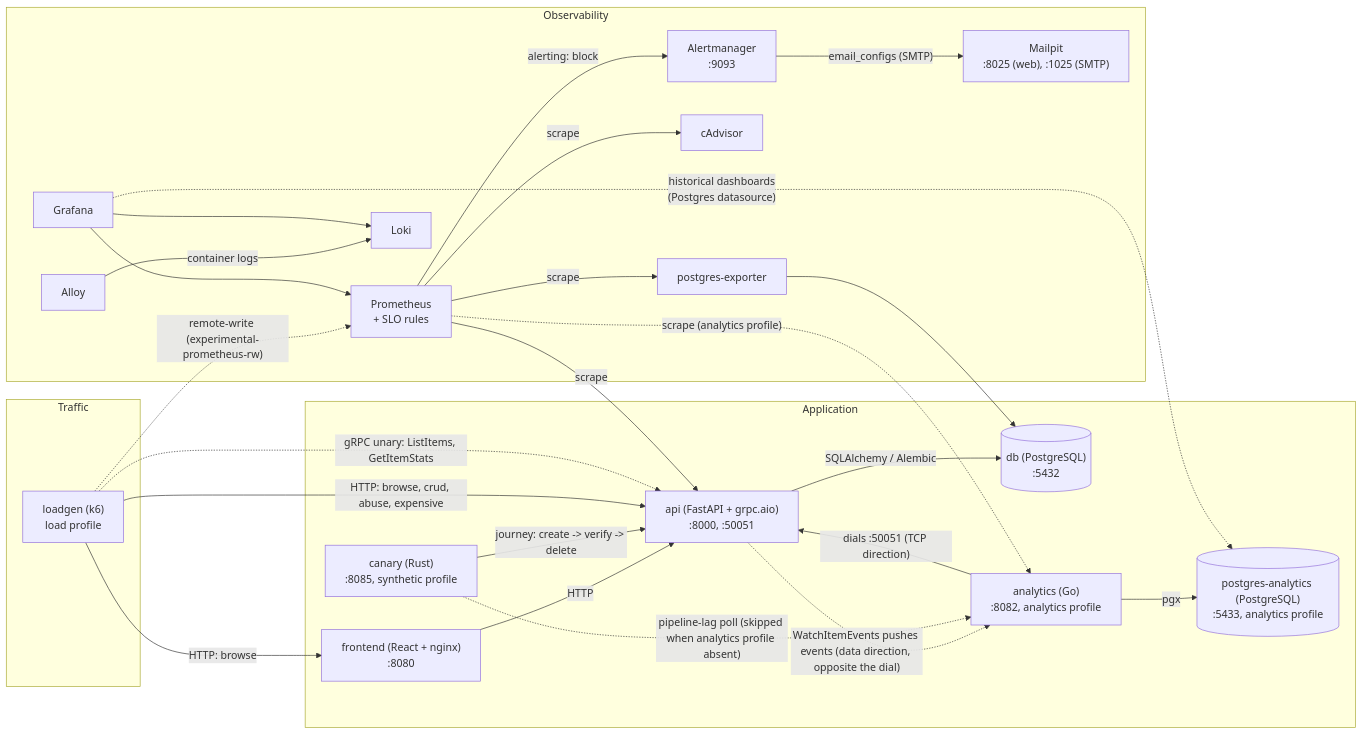
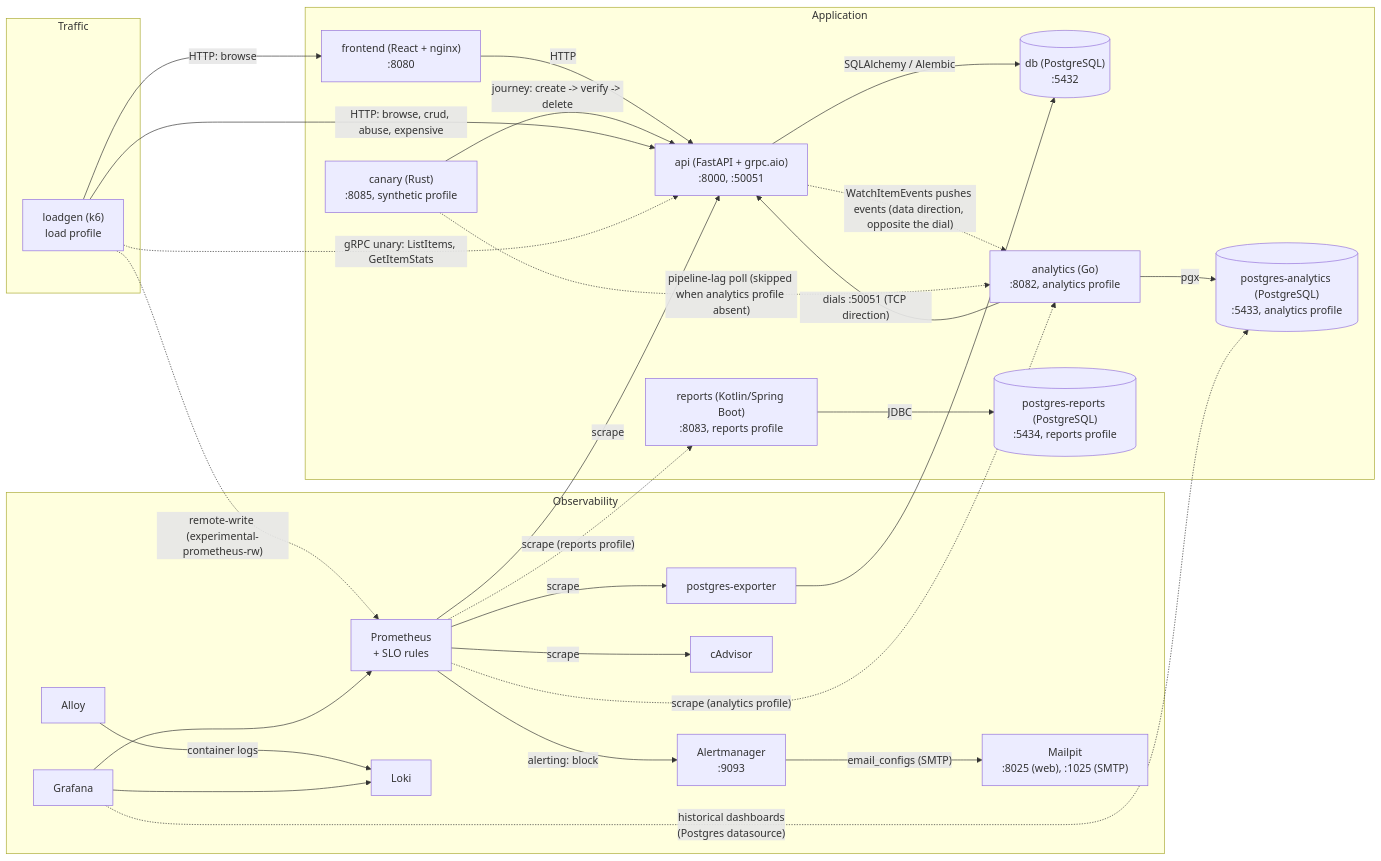
Before and after one commit to vovinacci/devops-demo: the diagram in docs/architecture.md, drawn with Mermaid. The commit also changed other lines of this file and 33 other files, not shown here.

First line of the commit message:
feat(reports): Kotlin/Spring Boot service skeleton (RFC-0001 Phase 6) (#176)

````diff
--- a/docs/architecture.md
+++ b/docs/architecture.md
@@ -8,49 +8,53 @@
 ```mermaid
 flowchart LR
     subgraph traffic [Traffic]
         lg["loadgen (k6)<br/>load profile"]
     end
 
     subgraph app [Application]
         fe["frontend (React + nginx)<br/>:8080"]
         be["api (FastAPI + grpc.aio)<br/>:8000, :50051"]
         pg[("db (PostgreSQL)<br/>:5432")]
         an["analytics (Go)<br/>:8082, analytics profile"]
         pgA[("postgres-analytics (PostgreSQL)<br/>:5433, analytics profile")]
         can["canary (Rust)<br/>:8085, synthetic profile"]
+        rep["reports (Kotlin/Spring Boot)<br/>:8083, reports profile"]
+        pgR[("postgres-reports (PostgreSQL)<br/>:5434, reports profile")]
     end
 
     subgraph obs [Observability]
         pgx["postgres-exporter"]
         cad["cAdvisor"]
         prom["Prometheus<br/>+ SLO rules"]
         alloy["Alloy"]
         loki["Loki"]
         graf["Grafana"]
         am["Alertmanager<br/>:9093"]
         mp["Mailpit<br/>:8025 (web), :1025 (SMTP)"]
     end
 
     fe -->|HTTP| be
     be -->|SQLAlchemy / Alembic| pg
     pgx --> pg
     an -->|pgx| pgA
     an -->|"dials :50051 (TCP direction)"| be
     be -.->|"WatchItemEvents pushes events (data direction, opposite the dial)"| an
     can -->|"journey: create -> verify -> delete"| be
     can -.->|"pipeline-lag poll (skipped when analytics profile absent)"| an
+    rep -->|JDBC| pgR
     lg -->|"HTTP: browse, crud, abuse, expensive"| be
     lg -->|"HTTP: browse"| fe
     lg -.->|"gRPC unary: ListItems, GetItemStats"| be
     lg -.->|"remote-write (experimental-prometheus-rw)"| prom
     prom -->|scrape| be
     prom -->|scrape| pgx
     prom -->|scrape| cad
     prom -.->|"scrape (analytics profile)"| an
+    prom -.->|"scrape (reports profile)"| rep
     alloy -->|container logs| loki
     graf --> prom
     graf --> loki
     graf -.->|"historical dashboards<br/>(Postgres datasource)"| pgA
     prom -->|"alerting: block"| am
     am -->|"email_configs (SMTP)"| mp
 ```
````
